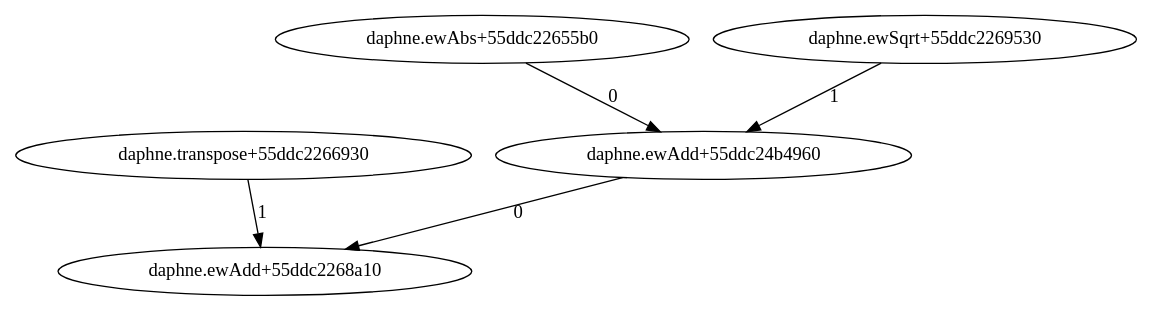
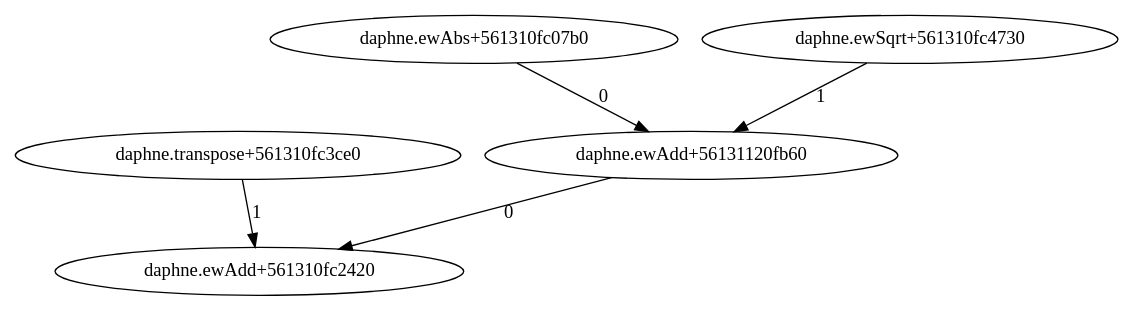
Before and after one commit to sweetpellegrino/daphne: the diagram in test.dot, drawn with Graphviz. The commit also changed 2 other files, not shown here.

Commit message:
fix transpose

```diff
--- a/test.dot
+++ b/test.dot
@@ -1,6 +1,6 @@
 digraph G {
-"daphne.ewAdd+55ddc24b4960" -> "daphne.ewAdd+55ddc2268a10" [label="0"];
-"daphne.transpose+55ddc2266930" -> "daphne.ewAdd+55ddc2268a10" [label="1"];
-"daphne.ewAbs+55ddc22655b0" -> "daphne.ewAdd+55ddc24b4960" [label="0"];
-"daphne.ewSqrt+55ddc2269530" -> "daphne.ewAdd+55ddc24b4960" [label="1"];
+"daphne.ewAdd+56131120fb60" -> "daphne.ewAdd+561310fc2420" [label="0"];
+"daphne.transpose+561310fc3ce0" -> "daphne.ewAdd+561310fc2420" [label="1"];
+"daphne.ewAbs+561310fc07b0" -> "daphne.ewAdd+56131120fb60" [label="0"];
+"daphne.ewSqrt+561310fc4730" -> "daphne.ewAdd+56131120fb60" [label="1"];
 }
```
